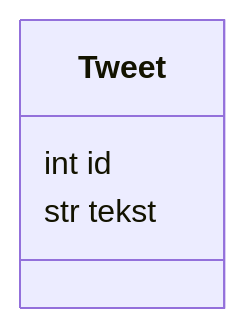
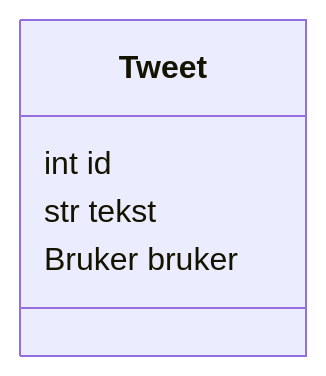
Before and after one commit to thorcc/it2-bok: the diagram in src/content/docs/twitter/2-tweet.mdx, drawn with Mermaid. The commit also changed other lines of this file and 3 other files, not shown here.

````diff
--- a/src/content/docs/twitter/2-tweet.mdx
+++ b/src/content/docs/twitter/2-tweet.mdx
@@ -15,7 +7,8 @@
 ```mermaid
 classDiagram
 class Tweet {
     int id
     str tekst
+    Bruker bruker
 }
 ```
````
